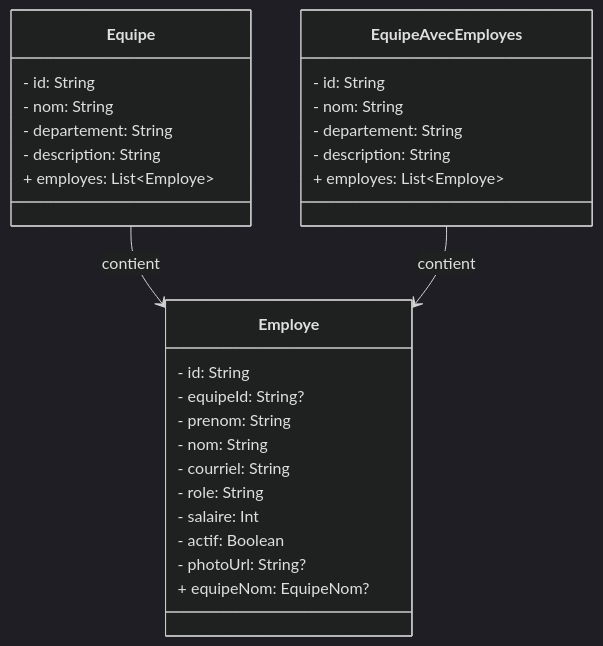
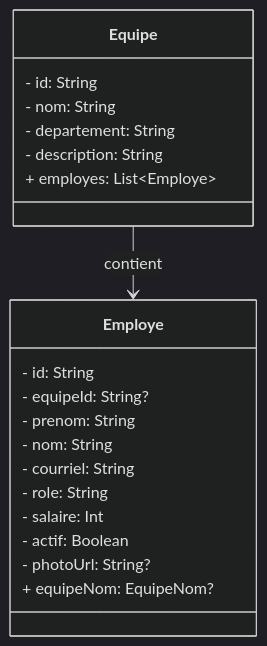
One commit to BrunoCharb/Exam3Mobile2026 changed the diagram in README.md. Above: the diagram before and after it, drawn with Mermaid (dark theme). The commit also changed 4 other files, not shown here.

````diff
--- a/README.md
+++ b/README.md
@@ -29,31 +29,23 @@
 ```mermaid
 classDiagram
     class Employe {
         - id: String
         - equipeId: String?
         - prenom: String
         - nom: String
         - courriel: String
         - role: String
         - salaire: Int
         - actif: Boolean
         - photoUrl: String?
         + equipeNom: EquipeNom?
     }
     class Equipe {
         - id: String
         - nom: String
         - departement: String
         - description: String
         + employes: List~Employe~
     }
-    class EquipeAvecEmployes {
-        - id: String
-        - nom: String
-        - departement: String
-        - description: String
-        + employes: List~Employe~
-    }
     Equipe --> Employe : contient
-    EquipeAvecEmployes --> Employe : contient
 ```
````
